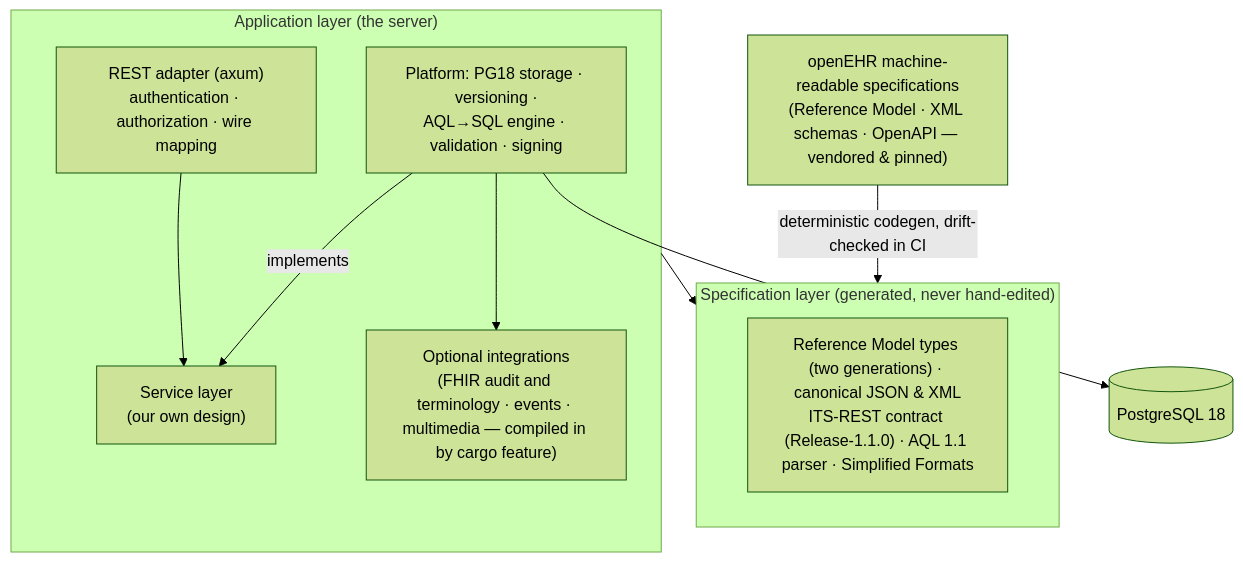
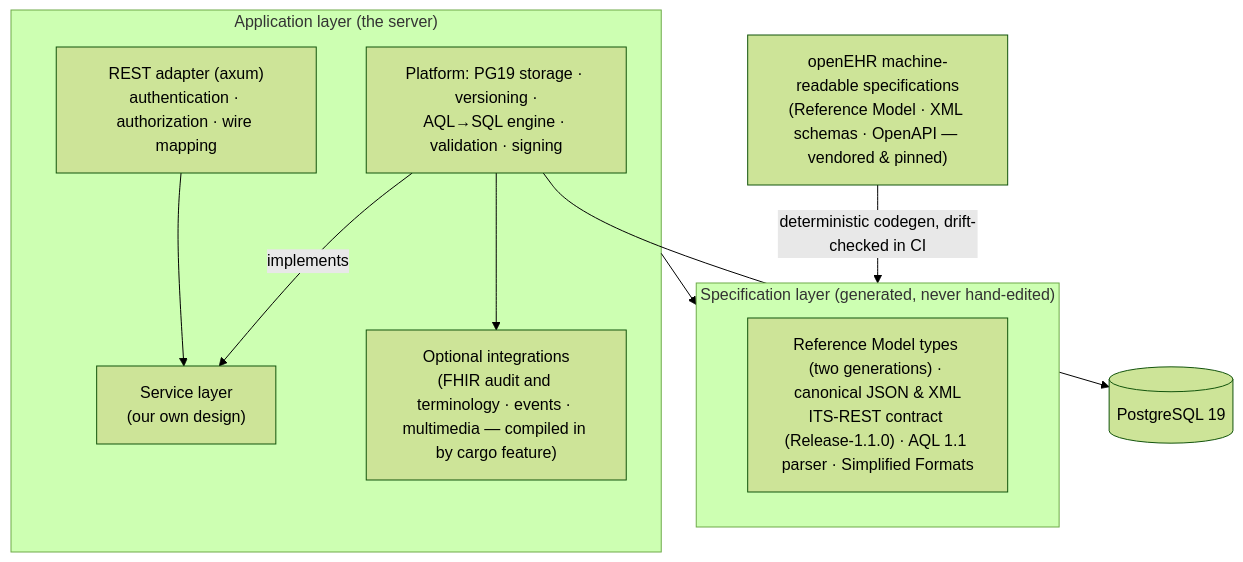
The first of 2 diagrams in website/book/src/concepts/architecture.md (FerroHEALTH/FerroEHR), drawn with Mermaid (forest theme) before and after one commit. The commit also changed other lines of this file and 111 other files, not shown here.

First line of the commit message:
build: run on PostgreSQL 19 and refuse an older server at boot

````diff
--- a/website/book/src/concepts/architecture.md
+++ b/website/book/src/concepts/architecture.md
@@ -15,24 +15,24 @@
 ```mermaid
 flowchart TB
     specs["openEHR machine-readable specifications<br/>(Reference Model · XML schemas · OpenAPI — vendored &amp; pinned)"]
 
     subgraph gen ["Specification layer (generated, never hand-edited)"]
         types["Reference Model types (two generations) · canonical JSON &amp; XML<br/>ITS-REST contract (Release-1.1.0) · AQL 1.1 parser · Simplified Formats"]
     end
 
     subgraph app ["Application layer (the server)"]
         rest["REST adapter (axum)<br/>authentication · authorization · wire mapping"]
         sm["Service layer<br/>(our own design)"]
-        core["Platform: PG18 storage · versioning ·<br/>AQL→SQL engine · validation · signing"]
+        core["Platform: PG19 storage · versioning ·<br/>AQL→SQL engine · validation · signing"]
         ext["Optional integrations<br/>(FHIR audit and terminology · events · multimedia — compiled in by cargo feature)"]
     end
 
-    db[("PostgreSQL 18")]
+    db[("PostgreSQL 19")]
 
     specs -->|deterministic codegen, drift-checked in CI| gen
     rest --> sm
     core -->|implements| sm
     core --> ext
     app --> gen
     core --> db
 ```
````
